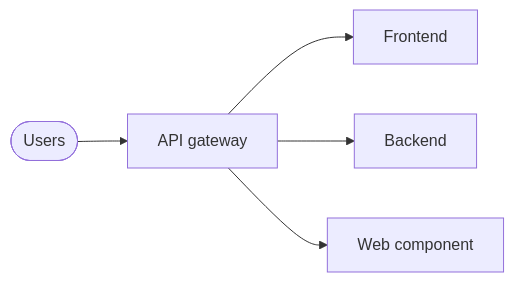
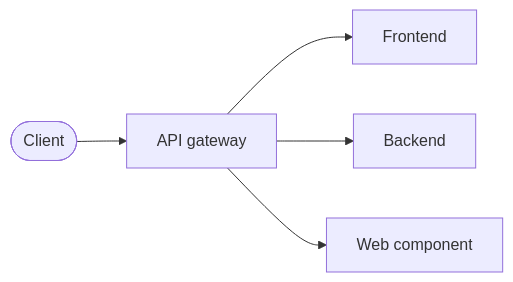
The diagram in docs/overview.md (it-at-m/refarch), drawn with Mermaid before and after one commit.

Commit message:
:memo: docs architecture client instead of users

````diff
--- a/docs/overview.md
+++ b/docs/overview.md
@@ -19,12 +19,12 @@
 ```mermaid
 flowchart LR
-    u([Users])
+    u([Client])
     g[API gateway]
     f[Frontend]
     b[Backend]
     w[Web component]
     u --> g
     g --> f
     g --> b
     g --> w
 ```
````
